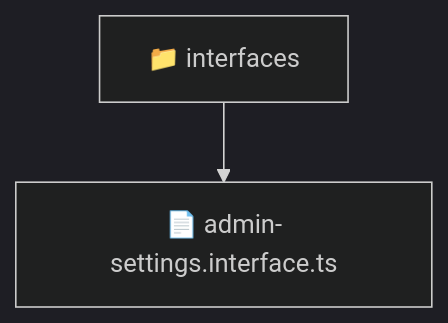
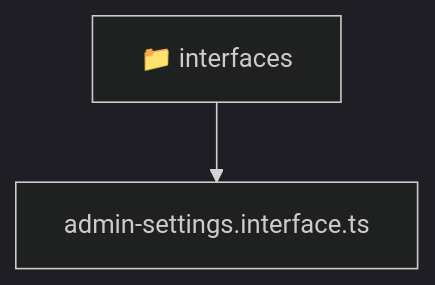
The diagram in backend/src/modules/admin-settings/domain/interfaces/README.md (beginwebdev2002/fullstack-mavluda), drawn with Mermaid (dark theme) before and after one commit. The commit also changed other lines of this file and 167 other files, not shown here.

````diff
--- a/backend/src/modules/admin-settings/domain/interfaces/README.md
+++ b/backend/src/modules/admin-settings/domain/interfaces/README.md
@@ -9,5 +9,6 @@
 ```mermaid
 graph TD
-  Root["📁 interfaces"]
-  Root --> admin_settings_interface_ts["📄 admin-settings.interface.ts"]
+  Root_interfaces["📁 interfaces"]
+  f_admin_settings_interface_ts["admin-settings.interface.ts"]
+  Root_interfaces --> f_admin_settings_interface_ts
 ```
````
